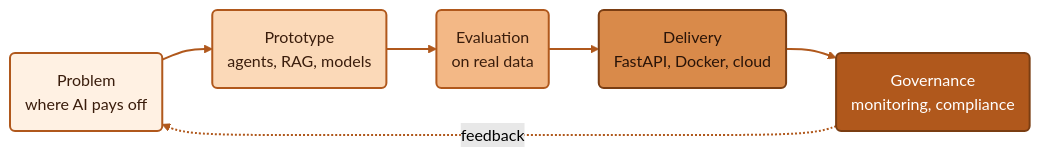
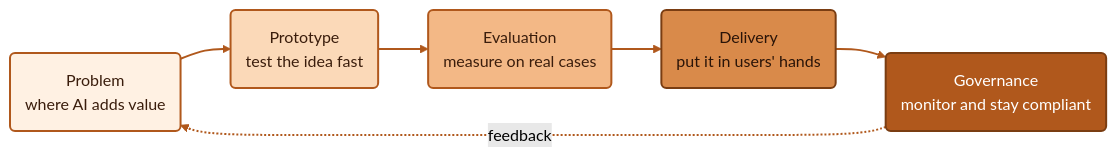
The diagram in README.md (MikiTwenty/MikiTwenty), drawn with Mermaid (forest theme) before and after one commit. The commit also changed other lines of this file, not shown here.

First line of the commit message:
docs: tables instead of details, simpler Mermaid

````diff
--- a/README.md
+++ b/README.md
@@ -19,20 +19,20 @@
 ```mermaid
 flowchart LR
-    A("Problem<br/>where AI pays off") --> B("Prototype<br/>agents, RAG, models")
-    B --> C("Evaluation<br/>on real data")
-    C --> D("Delivery<br/>FastAPI, Docker, cloud")
-    D --> E("Governance<br/>monitoring, compliance")
+    A("Problem<br/>where AI adds value") --> B("Prototype<br/>test the idea fast")
+    B --> C("Evaluation<br/>measure on real cases")
+    C --> D("Delivery<br/>put it in users' hands")
+    D --> E("Governance<br/>monitor and stay compliant")
     E -.->|"feedback"| A
 
     classDef s1 fill:#fff1e3,stroke:#b0581c,stroke-width:2px,color:#3a1d0c;
     classDef s2 fill:#fbd9b8,stroke:#b0581c,stroke-width:2px,color:#3a1d0c;
     classDef s3 fill:#f3b886,stroke:#b0581c,stroke-width:2px,color:#3a1d0c;
     classDef s4 fill:#d98a4a,stroke:#7a3d12,stroke-width:2px,color:#2a1408;
     classDef s5 fill:#b0581c,stroke:#7a3d12,stroke-width:2px,color:#ffffff;
     class A s1;
     class B s2;
     class C s3;
     class D s4;
     class E s5;
     linkStyle default stroke:#b0581c,stroke-width:2px;
 ```
````
